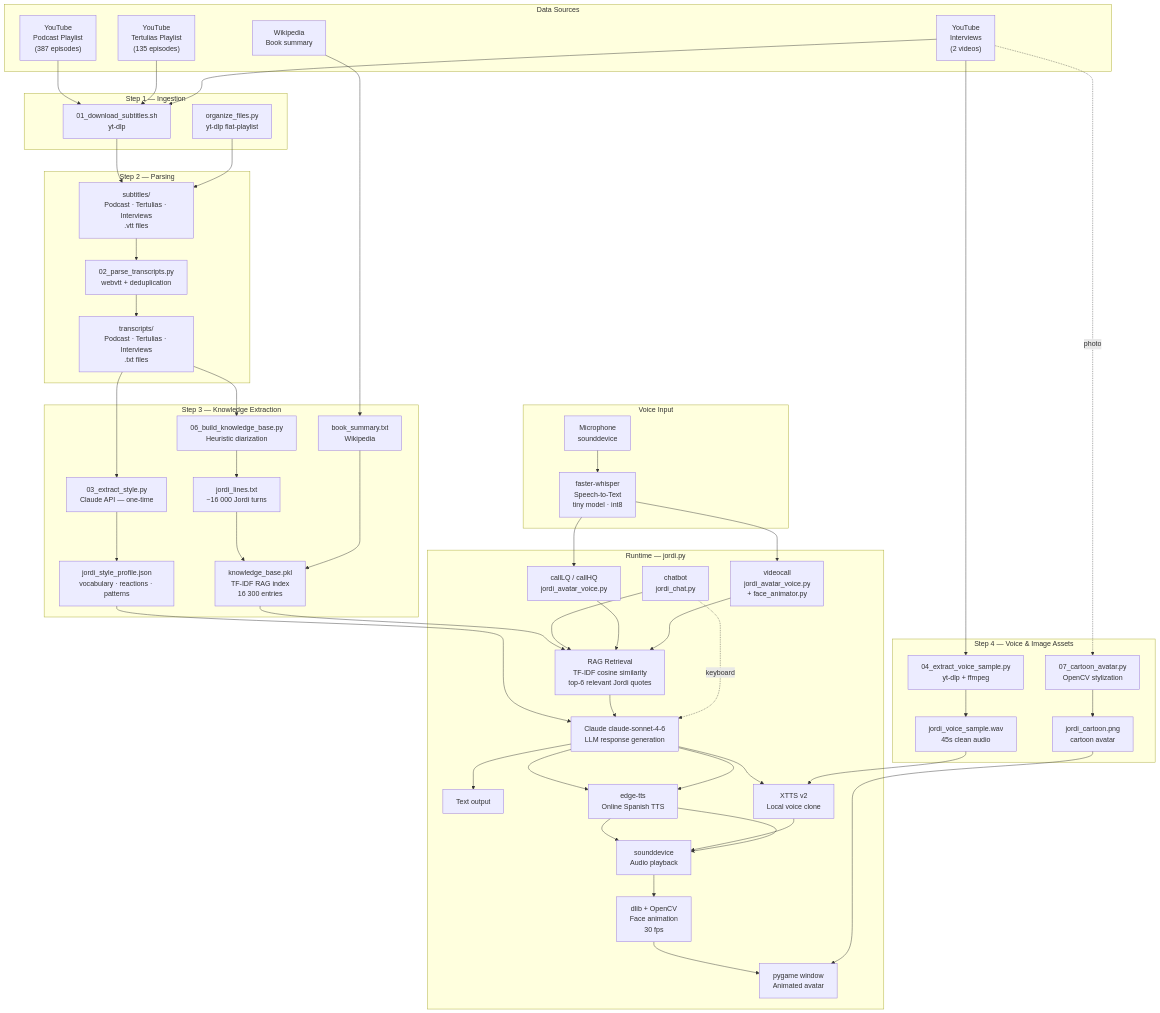
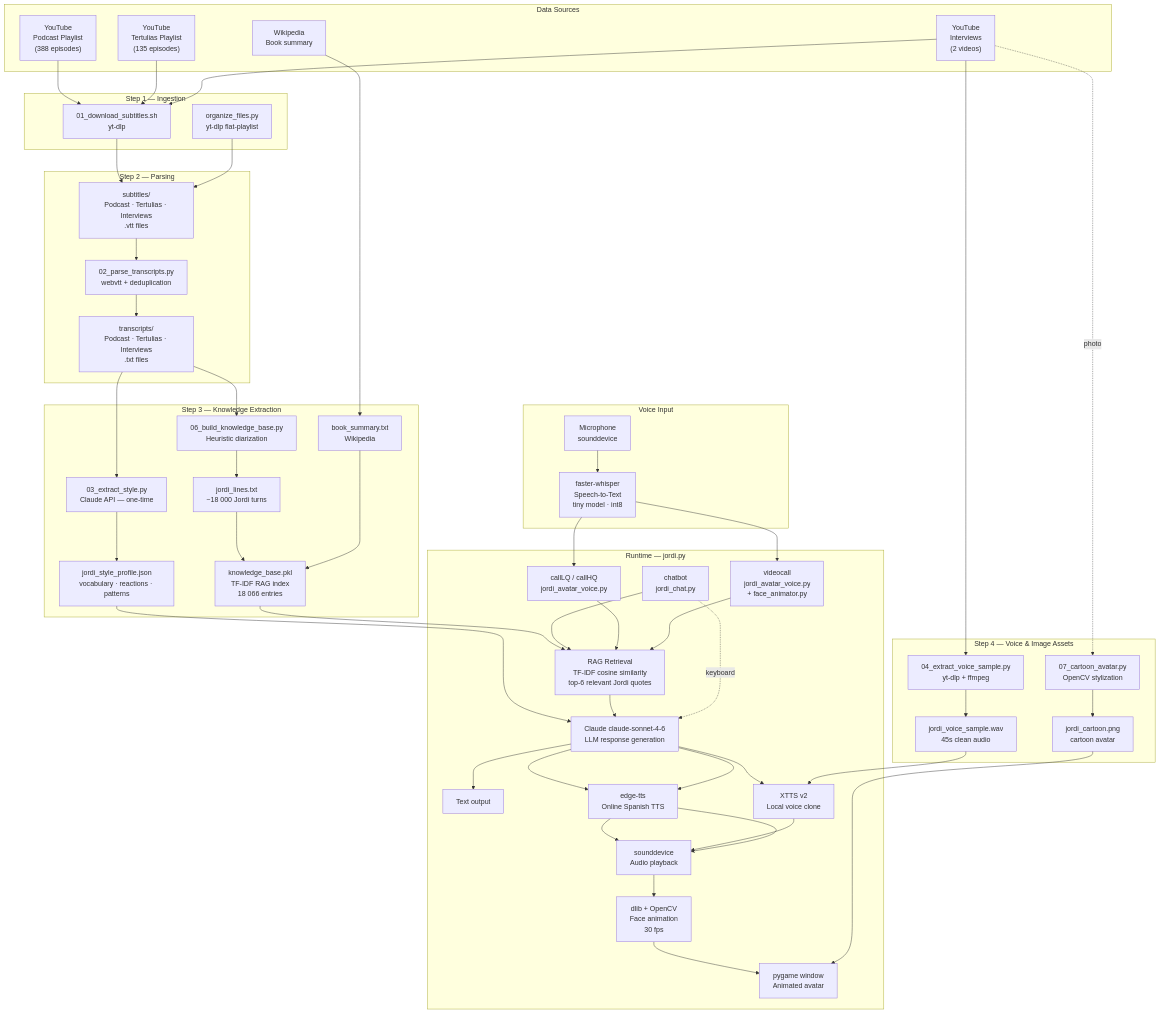
The diagram in README.md (fborbon/jordi-wild-avatar), drawn with Mermaid before and after one commit. The commit also changed other lines of this file and 1 other file, not shown here.

````diff
--- a/README.md
+++ b/README.md
@@ -39,7 +39,7 @@
 ```mermaid
 flowchart TD
     subgraph INPUT["Data Sources"]
-        A1["YouTube\nPodcast Playlist\n(387 episodes)"]
+        A1["YouTube\nPodcast Playlist\n(388 episodes)"]
         A2["YouTube\nTertulias Playlist\n(135 episodes)"]
         A3["YouTube\nInterviews\n(2 videos)"]
         A4["Wikipedia\nBook summary"]
@@ -59,9 +59,9 @@
     subgraph EXTRACT["Step 3 — Knowledge Extraction"]
         D1["06_build_knowledge_base.py\nHeuristic diarization"]
         D2["03_extract_style.py\nClaude API — one-time"]
-        D3["jordi_lines.txt\n~16 000 Jordi turns"]
+        D3["jordi_lines.txt\n~18 000 Jordi turns"]
         D4["jordi_style_profile.json\nvocabulary · reactions · patterns"]
-        D5["knowledge_base.pkl\nTF-IDF RAG index\n16 300 entries"]
+        D5["knowledge_base.pkl\nTF-IDF RAG index\n18 066 entries"]
         D6["book_summary.txt\nWikipedia"]
     end
 
````
